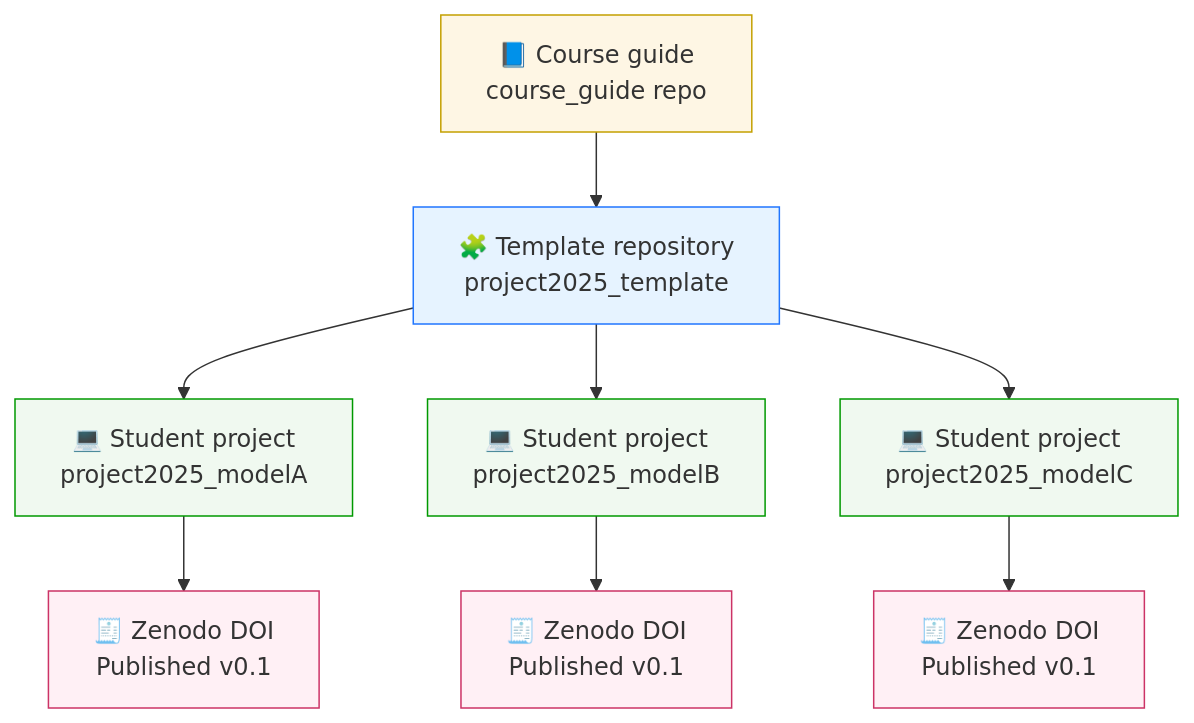
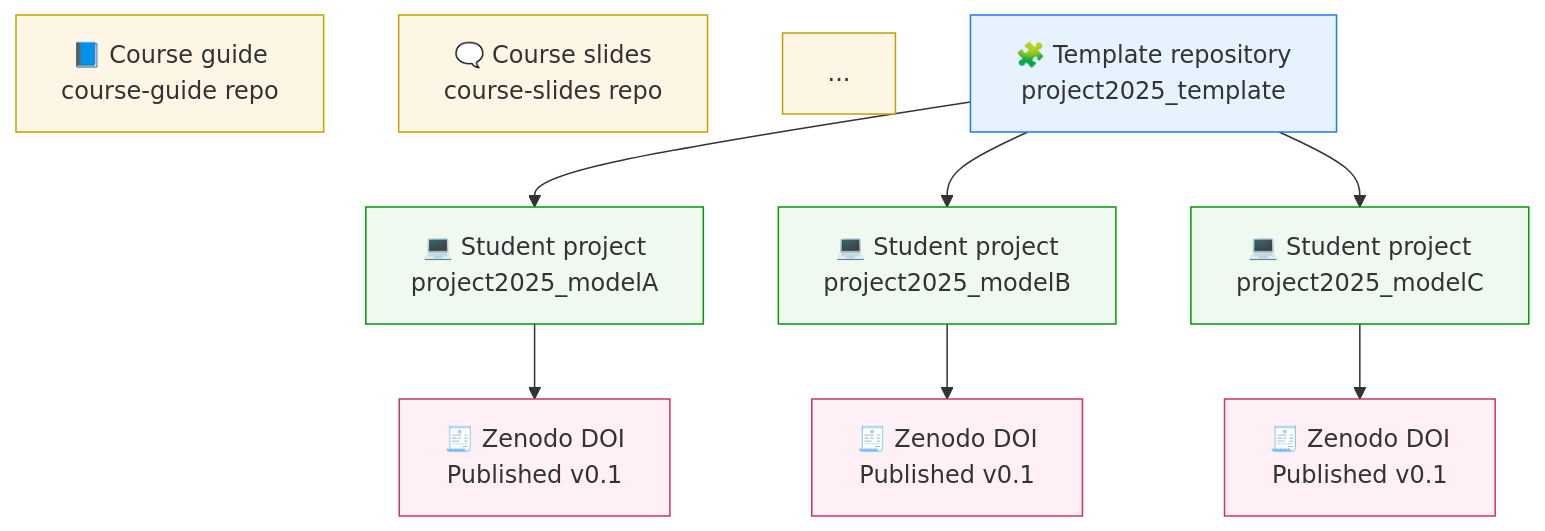
The diagram in profile/README.md (CoDArchLab-ABM/.github), drawn with Mermaid before and after one commit. The commit also changed other lines of this file, not shown here.

Commit message:
Revise course materials naming and flowchart
Updated the naming convention for course materials in the README and modified the flowchart to reflect the changes.

````diff
--- a/profile/README.md
+++ b/profile/README.md
@@ -35,18 +37,22 @@
 ```mermaid
 flowchart TD
-    A[📘 Course guide<br/>course_guide repo] --> B[🧩 Template repository<br/>project2025_template]
-    B --> C1[💻 Student project<br/>project2025_modelA]
+    A1[📘 Course guide<br/>course-guide repo]
+    A2[🗨️ Course slides<br/>course-slides repo]
+    A3[...]
+    B[🧩 Template repository<br/>project2025_template] --> C1[💻 Student project<br/>project2025_modelA]
     B --> C2[💻 Student project<br/>project2025_modelB]
     B --> C3[💻 Student project<br/>project2025_modelC]
     C1 --> D1[🧾 Zenodo DOI<br/>Published v0.1]
     C2 --> D2[🧾 Zenodo DOI<br/>Published v0.1]
     C3 --> D3[🧾 Zenodo DOI<br/>Published v0.1]
-    style A fill:#fef6e4,stroke:#c4a000,stroke-width:1px
+    style A1 fill:#fef6e4,stroke:#c4a000,stroke-width:1px
+    style A2 fill:#fef6e4,stroke:#c4a000,stroke-width:1px
+    style A3 fill:#fef6e4,stroke:#c4a000,stroke-width:1px
     style B fill:#e6f3ff,stroke:#2176ff,stroke-width:1px
     style C1 fill:#f0f9f0,stroke:#009900,stroke-width:1px
     style C2 fill:#f0f9f0,stroke:#009900,stroke-width:1px
     style C3 fill:#f0f9f0,stroke:#009900,stroke-width:1px
     style D1 fill:#fff0f5,stroke:#cc3366,stroke-width:1px
     style D2 fill:#fff0f5,stroke:#cc3366,stroke-width:1px
     style D3 fill:#fff0f5,stroke:#cc3366,stroke-width:1px
 ```
````
